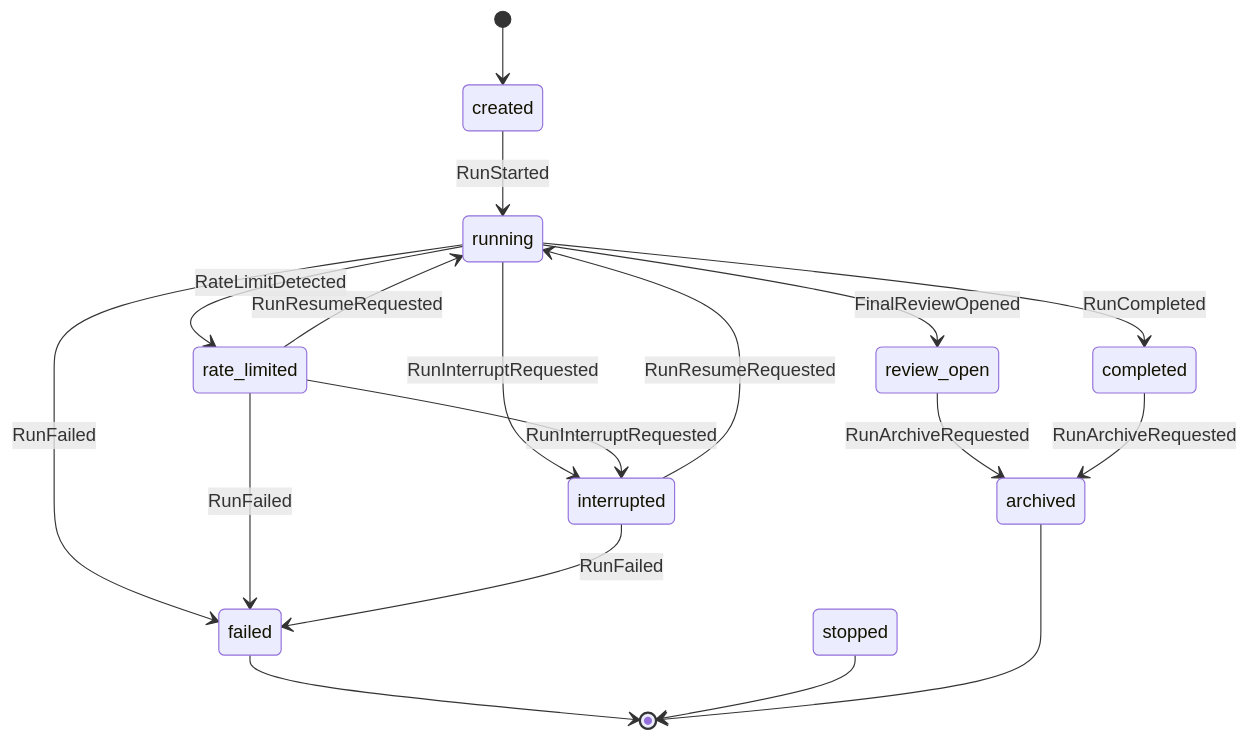
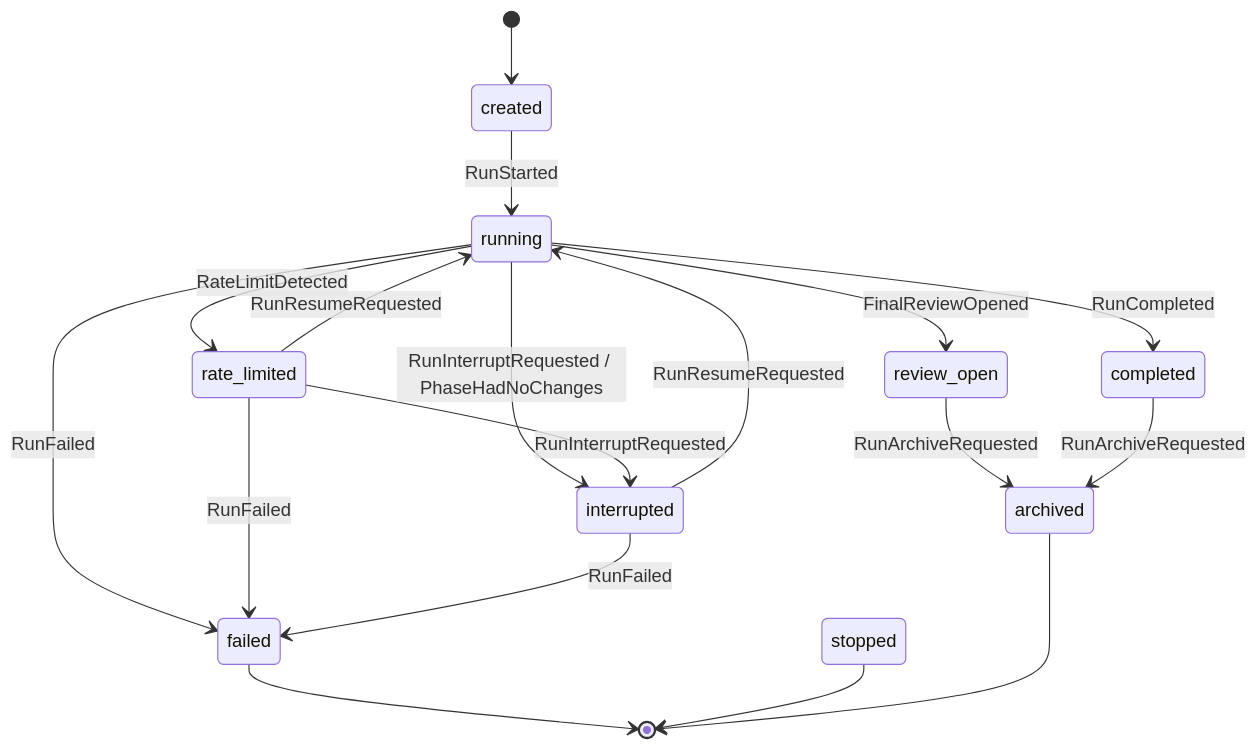
The first of 2 diagrams in docs/state-machine.md (lbdremy/phax), drawn with Mermaid before and after one commit. The commit also changed other lines of this file and 2 other files, not shown here.

First line of the commit message:
docs(lifecycle): align state machine and README with new cleanup/archive flow

````diff
--- a/docs/state-machine.md
+++ b/docs/state-machine.md
@@ -61,20 +61,20 @@
 ```mermaid
 stateDiagram-v2
     [*] --> created
     created --> running : RunStarted
     running --> rate_limited : RateLimitDetected
-    running --> interrupted : RunInterruptRequested
+    running --> interrupted : RunInterruptRequested / PhaseHadNoChanges
     running --> failed : RunFailed
     running --> review_open : FinalReviewOpened
     running --> completed : RunCompleted
     rate_limited --> running : RunResumeRequested
     rate_limited --> interrupted : RunInterruptRequested
     rate_limited --> failed : RunFailed
     interrupted --> running : RunResumeRequested
     interrupted --> failed : RunFailed
     review_open --> archived : RunArchiveRequested
     completed --> archived : RunArchiveRequested
     failed --> [*]
     stopped --> [*]
     archived --> [*]
 ```
````
